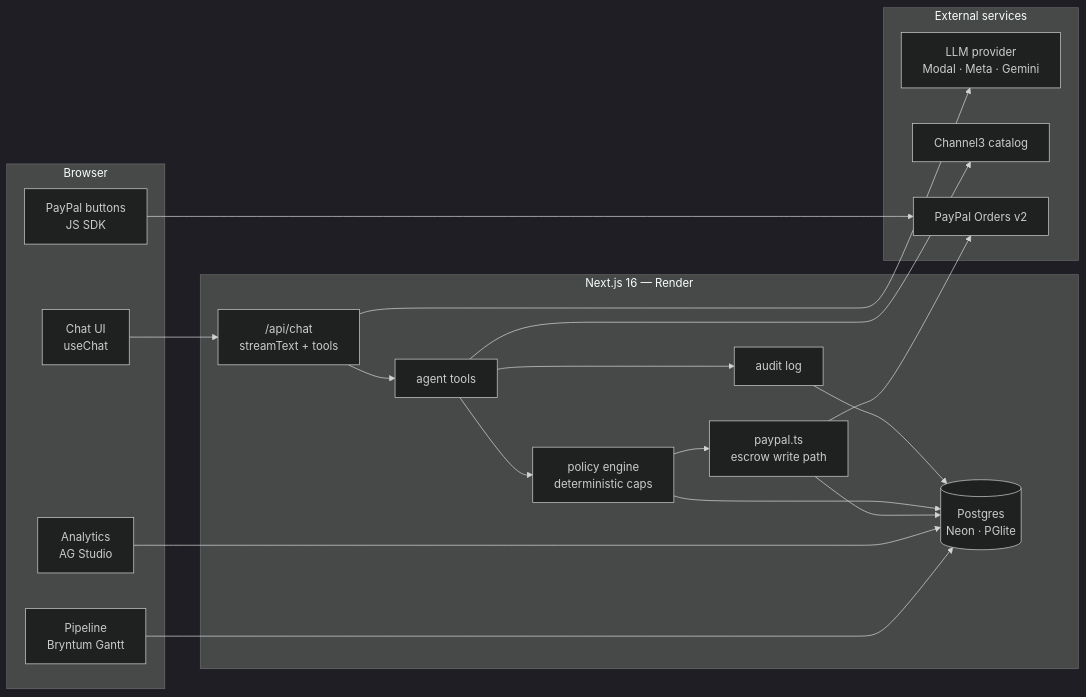
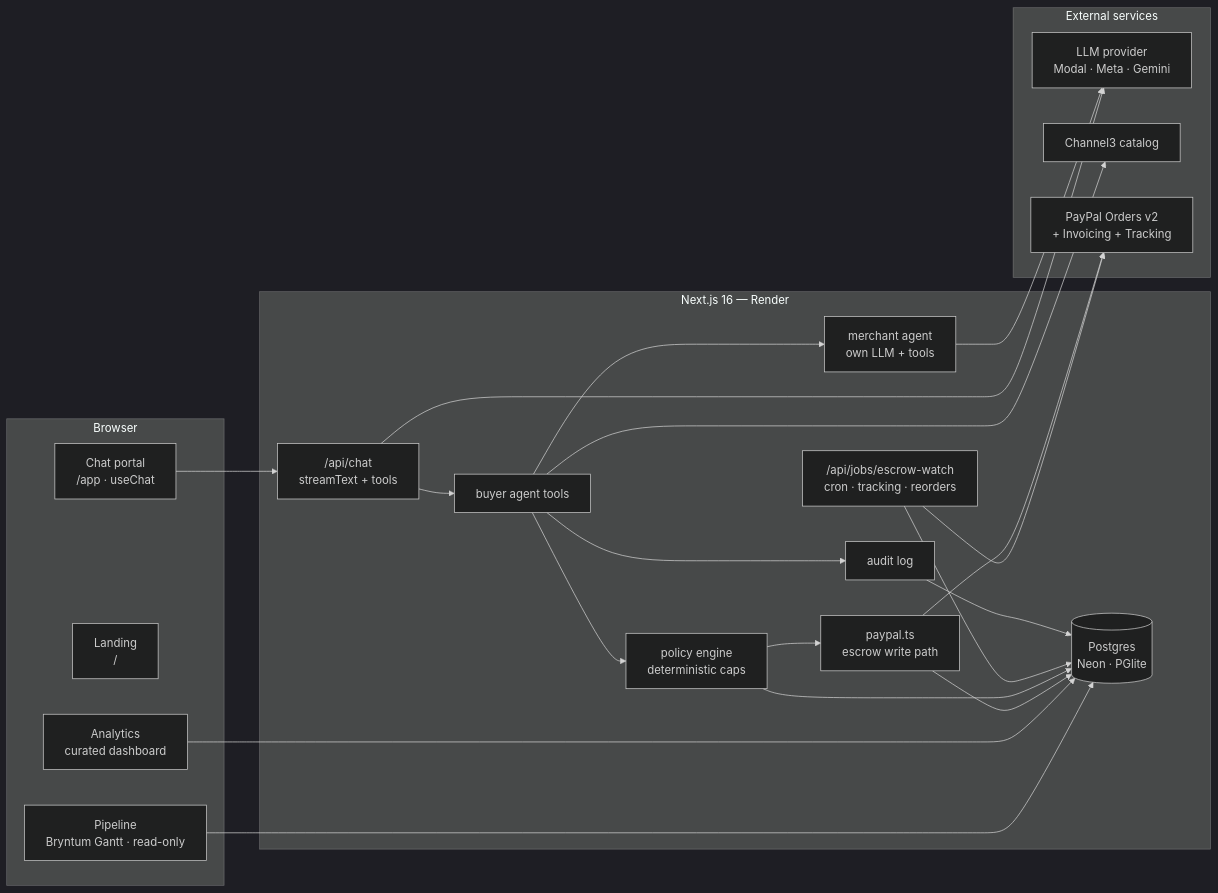
Before and after one commit to HCHAPS404/PARLEY: the third of 3 diagrams in README.md, drawn with Mermaid (dark theme). The commit also changed other lines of this file, not shown here.

Commit message:
docs: README reflects shipped differentiators — real A2A merchant, shipment-aware escrow, invoices, reorders, spaces

````diff
--- a/README.md
+++ b/README.md
@@ -132,35 +145,40 @@
 ```mermaid
 flowchart LR
     subgraph Client["Browser"]
-        UI[Chat UI<br/>useChat]
-        PPB[PayPal buttons<br/>JS SDK]
-        AN[Analytics<br/>AG Studio]
-        GA[Pipeline<br/>Bryntum Gantt]
+        UI[Chat portal<br/>/app · useChat]
+        LAND[Landing<br/>/]
+        AN[Analytics<br/>curated dashboard]
+        GA[Pipeline<br/>Bryntum Gantt · read-only]
     end
 
     subgraph App["Next.js 16 — Render"]
         CHAT["/api/chat<br/>streamText + tools"]
-        TOOLS[agent tools]
+        TOOLS[buyer agent tools]
+        MA2[merchant agent<br/>own LLM + tools]
         POLICY[policy engine<br/>deterministic caps]
         PPX["paypal.ts<br/>escrow write path"]
+        JOBS["/api/jobs/escrow-watch<br/>cron · tracking · reorders"]
         AUD[audit log]
         DB[(Postgres<br/>Neon · PGlite)]
     end
 
     subgraph External["External services"]
         LLM[LLM provider<br/>Modal · Meta · Gemini]
         C3[Channel3 catalog]
-        PP[PayPal Orders v2]
+        PP[PayPal Orders v2<br/>+ Invoicing + Tracking]
     end
 
     UI --> CHAT --> TOOLS
+    TOOLS --> MA2
+    MA2 --> LLM
     TOOLS --> C3
     TOOLS --> POLICY --> PPX --> PP
     CHAT --> LLM
     TOOLS --> AUD --> DB
+    JOBS --> PP
+    JOBS --> DB
     POLICY --> DB
     PPX --> DB
-    PPB --> PP
     AN --> DB
     GA --> DB
 ```
````
